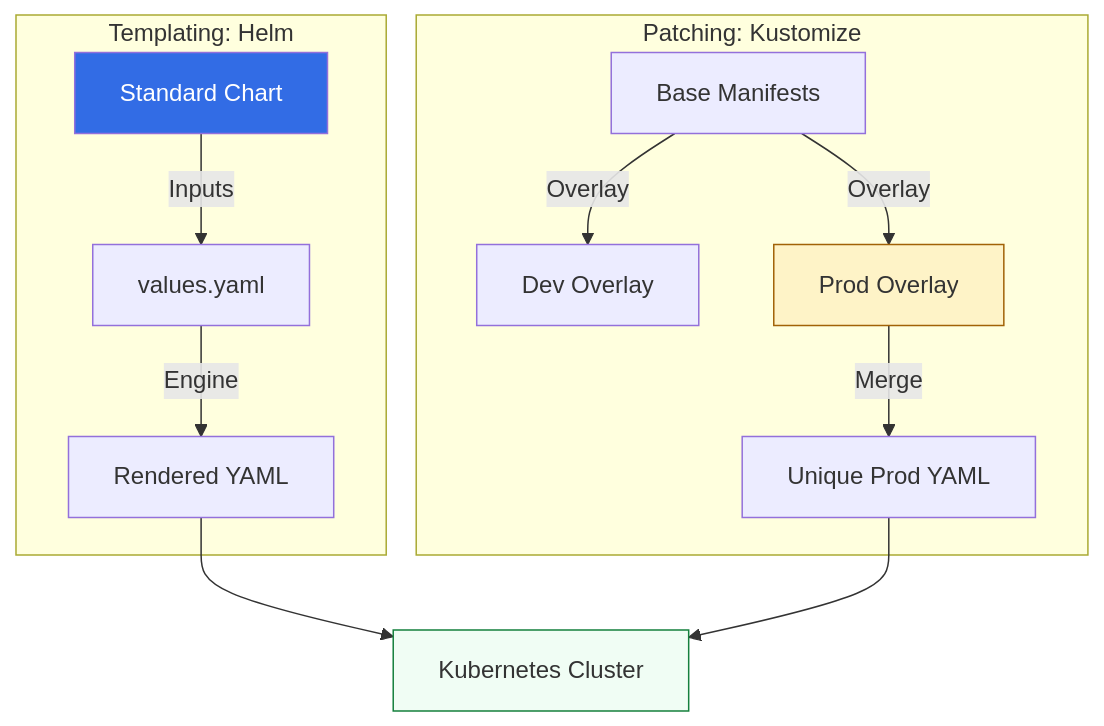
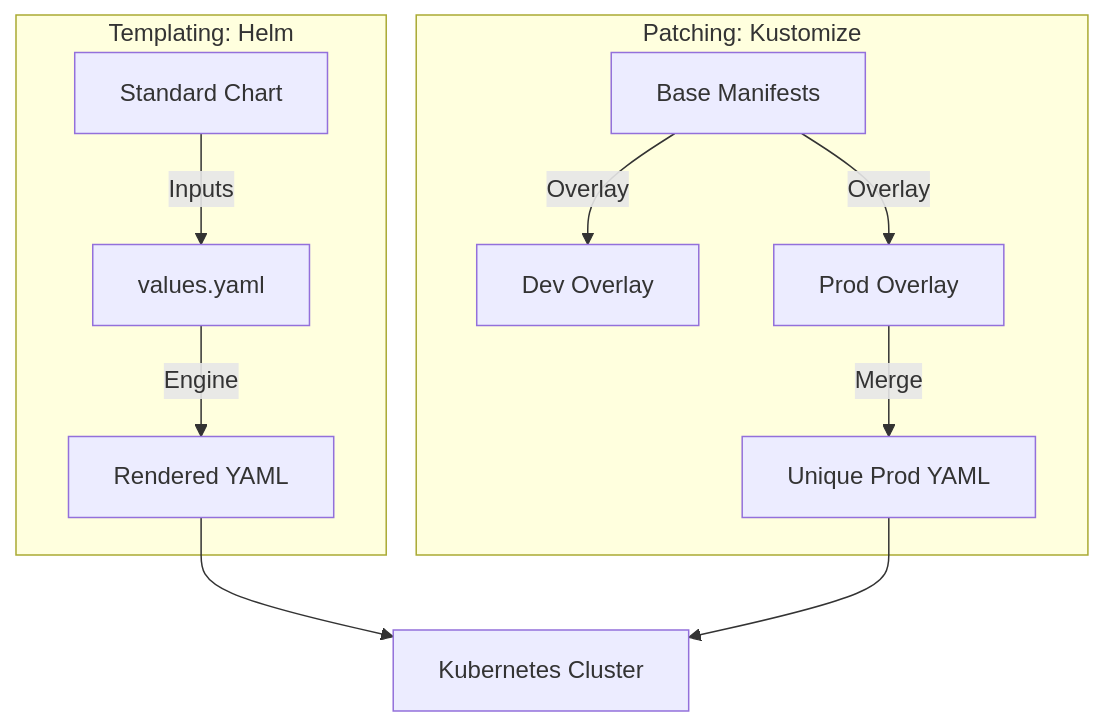
One commit to Ganil151/Devops changed the diagram in 2-Intermediate/02-Phase-2/01-Infrastructure-Automation/02-Config-Management/05-Kubernetes-Config-and-Templating/README.md. Above: the diagram before and after it, drawn with Mermaid. The commit also changed other lines of this file and 230 other files, not shown here.

````diff
--- a/2-Intermediate/02-Phase-2/01-Infrastructure-Automation/02-Config-Management/05-Kubernetes-Config-and-Templating/README.md
+++ b/2-Intermediate/02-Phase-2/01-Infrastructure-Automation/02-Config-Management/05-Kubernetes-Config-and-Templating/README.md
@@ -13,20 +60,16 @@
 ```mermaid
 graph TD
     subgraph Helm_Templating[Templating: Helm]
         H_CHART[Standard Chart] -->|Inputs| H_VAL[values.yaml]
         H_VAL -- Engine --> H_RENDER[Rendered YAML]
     end
     
     subgraph Kustomize_Patching[Patching: Kustomize]
         K_BASE[Base Manifests] -->|Overlay| K_DEV[Dev Overlay]
         K_BASE -->|Overlay| K_PROD[Prod Overlay]
         K_PROD -- Merge --> K_YAML[Unique Prod YAML]
     end
     
     H_RENDER --> K8S[Kubernetes Cluster]
     K_YAML --> K8S
-    
-    style H_CHART fill:#326ce5,color:#fff
-    style K_PROD fill:#fef3c7,stroke:#a16207
-    style K8S fill:#f0fdf4,stroke:#15803d
 ```
````
